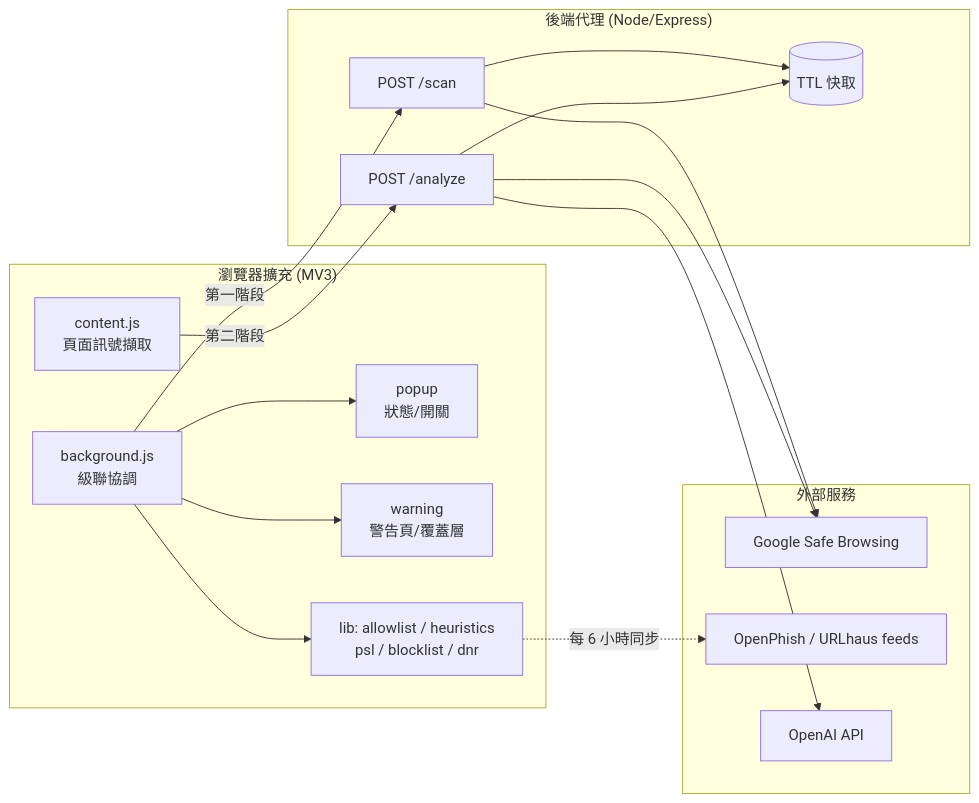
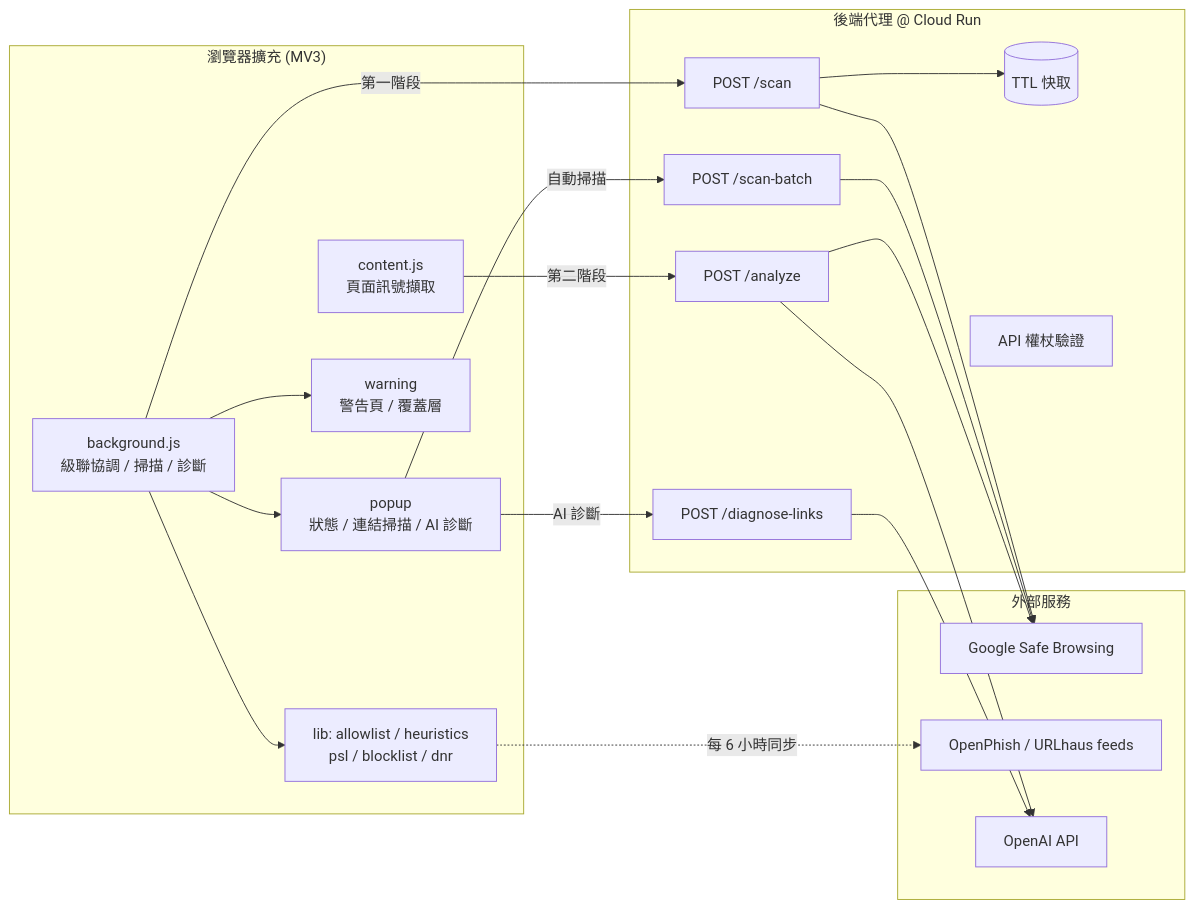
The first of 2 diagrams in progress.md (Matthew-HMS/phishing-extension), drawn with Mermaid before and after one commit. The commit also changed other lines of this file and 2 other files, not shown here.

````diff
--- a/progress.md
+++ b/progress.md
@@ -88,31 +100,37 @@
 ```mermaid
 flowchart LR
     subgraph EXT["瀏覽器擴充 (MV3)"]
-      BG["background.js<br/>級聯協調"]
+      BG["background.js<br/>級聯協調 / 掃描 / 診斷"]
       CS["content.js<br/>頁面訊號擷取"]
-      PU["popup<br/>狀態/開關"]
-      WN["warning<br/>警告頁/覆蓋層"]
+      PU["popup<br/>狀態 / 連結掃描 / AI 診斷"]
+      WN["warning<br/>警告頁 / 覆蓋層"]
       LB["lib: allowlist / heuristics<br/>psl / blocklist / dnr"]
     end
-    subgraph BE["後端代理 (Node/Express)"]
+    subgraph BE["後端代理 @ Cloud Run"]
       SC["POST /scan"]
+      SB2["POST /scan-batch"]
+      DG["POST /diagnose-links"]
       AN["POST /analyze"]
       CA[("TTL 快取")]
+      TK["API 權杖驗證"]
     end
     subgraph EXTSVC["外部服務"]
-      SB["Google Safe Browsing"]
+      SBG["Google Safe Browsing"]
       FEED["OpenPhish / URLhaus feeds"]
       AI["OpenAI API"]
     end
-    BG --> LB
     BG -->|第一階段| SC
     CS -->|第二階段| AN
+    PU -->|自動掃描| SB2
+    PU -->|AI 診斷| DG
+    BG --> LB
     SC --> CA
-    AN --> CA
-    SC --> SB
-    AN --> SB
+    SC --> SBG
+    SB2 --> SBG
+    AN --> SBG
     AN --> AI
+    DG --> AI
     LB -. 每 6 小時同步 .-> FEED
     BG --> WN
     BG --> PU
 ```
````
